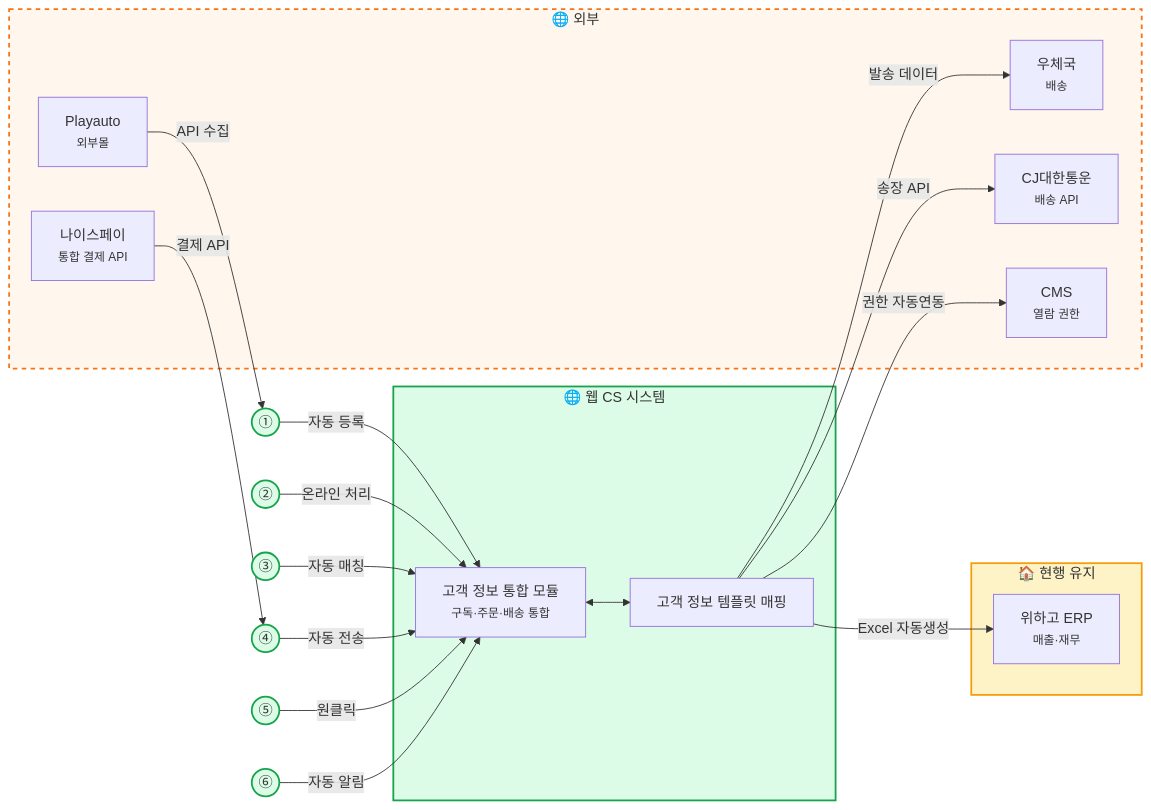
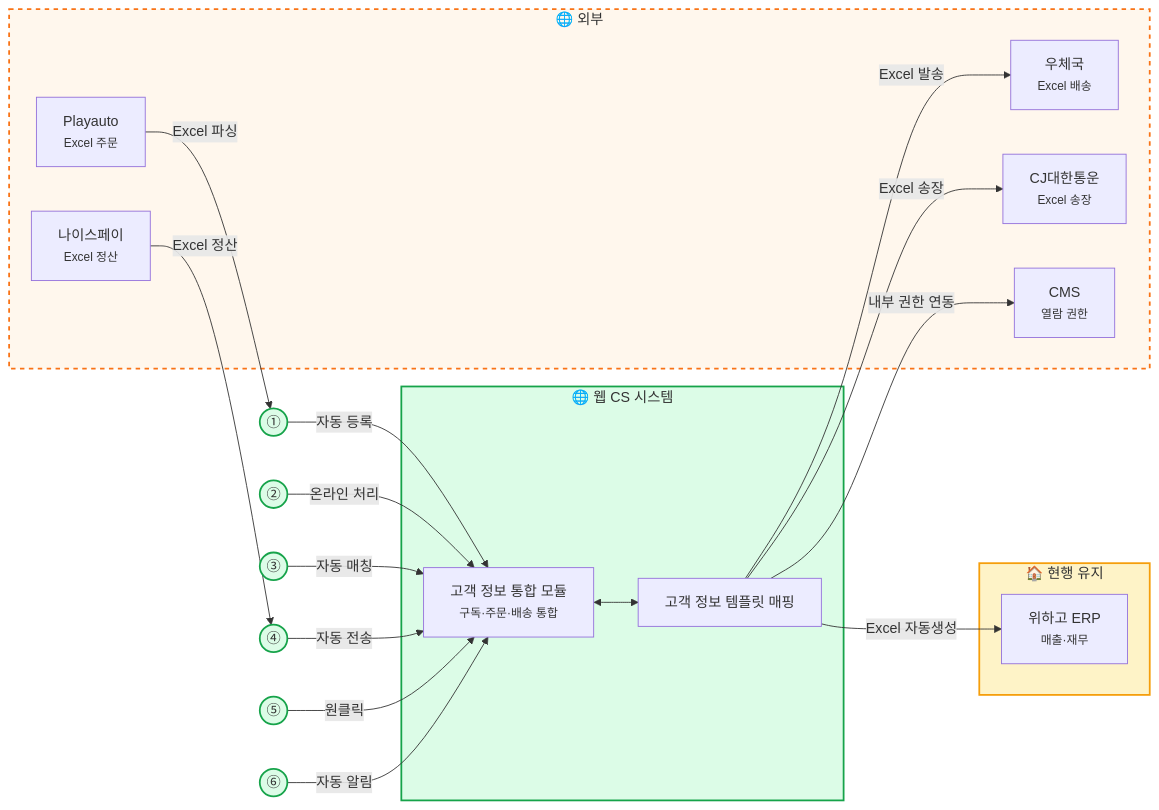
The second of 7 diagrams in src/content/docs/goodthinking-isp/04-design/entity-map-tobe.md (sknkwoxs/manual-book), drawn with Mermaid before and after one commit. The commit also changed other lines of this file and 17 other files, not shown here.

First line of the commit message:
docs(goodthinking-isp): Phase 3.5-5 — Mermaid 수정, 외부 API→Excel 템플릿 전환, 개인정보 보호 모듈 강화

````diff
--- a/src/content/docs/goodthinking-isp/04-design/entity-map-tobe.md
+++ b/src/content/docs/goodthinking-isp/04-design/entity-map-tobe.md
@@ -136,49 +136,49 @@
 ```mermaid
 flowchart LR
     subgraph SYS_CORE["🌐 웹 CS 시스템"]
         WEB["고객 정보 통합 모듈<br/><small>구독·주문·배송 통합</small>"]
         API["고객 정보 템플릿 매핑"]
         WEB <--> API
     end
     subgraph SYS_LEGACY["🏠 현행 유지"]
         ERP["위하고 ERP<br/><small>매출·재무</small>"]
     end
     subgraph SYS_EXT["🌐 외부"]
-        NICE["나이스페이<br/><small>통합 결제 API</small>"]
-        POST["우체국<br/><small>배송</small>"]
-        CJ["CJ대한통운<br/><small>배송 API</small>"]
-        PLAY["Playauto<br/><small>외부몰</small>"]
+        NICE["나이스페이<br/><small>Excel 정산</small>"]
+        POST["우체국<br/><small>Excel 배송</small>"]
+        CJ["CJ대한통운<br/><small>Excel 송장</small>"]
+        PLAY["Playauto<br/><small>Excel 주문</small>"]
         CMS["CMS<br/><small>열람 권한</small>"]
     end
 
     P1(("①"))
     P2(("②"))
     P3(("③"))
     P4(("④"))
     P5(("⑤"))
     P6(("⑥"))
 
     %% 업무 흐름
-    PLAY -->|"API 수집"| P1
+    PLAY -->|"Excel 파싱"| P1
     P1 -->|"자동 등록"| WEB
     P2 -->|"온라인 처리"| WEB
-    API -->|"송장 API"| CJ
-    API -->|"발송 데이터"| POST
+    API -->|"Excel 송장"| CJ
+    API -->|"Excel 발송"| POST
     P3 -->|"자동 매칭"| WEB
-    NICE -->|"결제 API"| P4
+    NICE -->|"Excel 정산"| P4
     P4 -->|"자동 전송"| WEB
     API -->|"Excel 자동생성"| ERP
     P5 -->|"원클릭"| WEB
-    API -->|"권한 자동연동"| CMS
+    API -->|"내부 권한 연동"| CMS
     P6 -->|"자동 알림"| WEB
 
     style SYS_CORE fill:#dcfce7,stroke:#16a34a,stroke-width:2px
     style SYS_LEGACY fill:#fef3c7,stroke:#f59e0b,stroke-width:2px
     style SYS_EXT fill:#fff7ed,stroke:#f97316,stroke-width:2px,stroke-dasharray: 5 5
     style P1 fill:#dcfce7,stroke:#16a34a,stroke-width:2px
     style P2 fill:#dcfce7,stroke:#16a34a,stroke-width:2px
     style P3 fill:#dcfce7,stroke:#16a34a,stroke-width:2px
     style P4 fill:#dcfce7,stroke:#16a34a,stroke-width:2px
     style P5 fill:#dcfce7,stroke:#16a34a,stroke-width:2px
     style P6 fill:#dcfce7,stroke:#16a34a,stroke-width:2px
 ```
````
